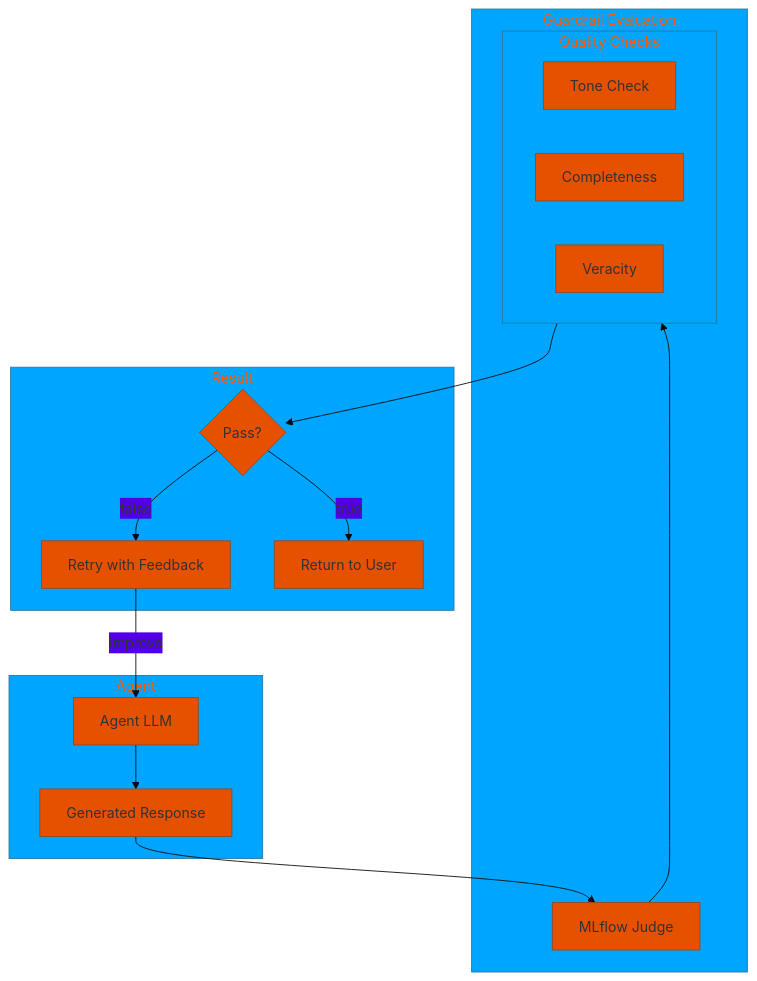
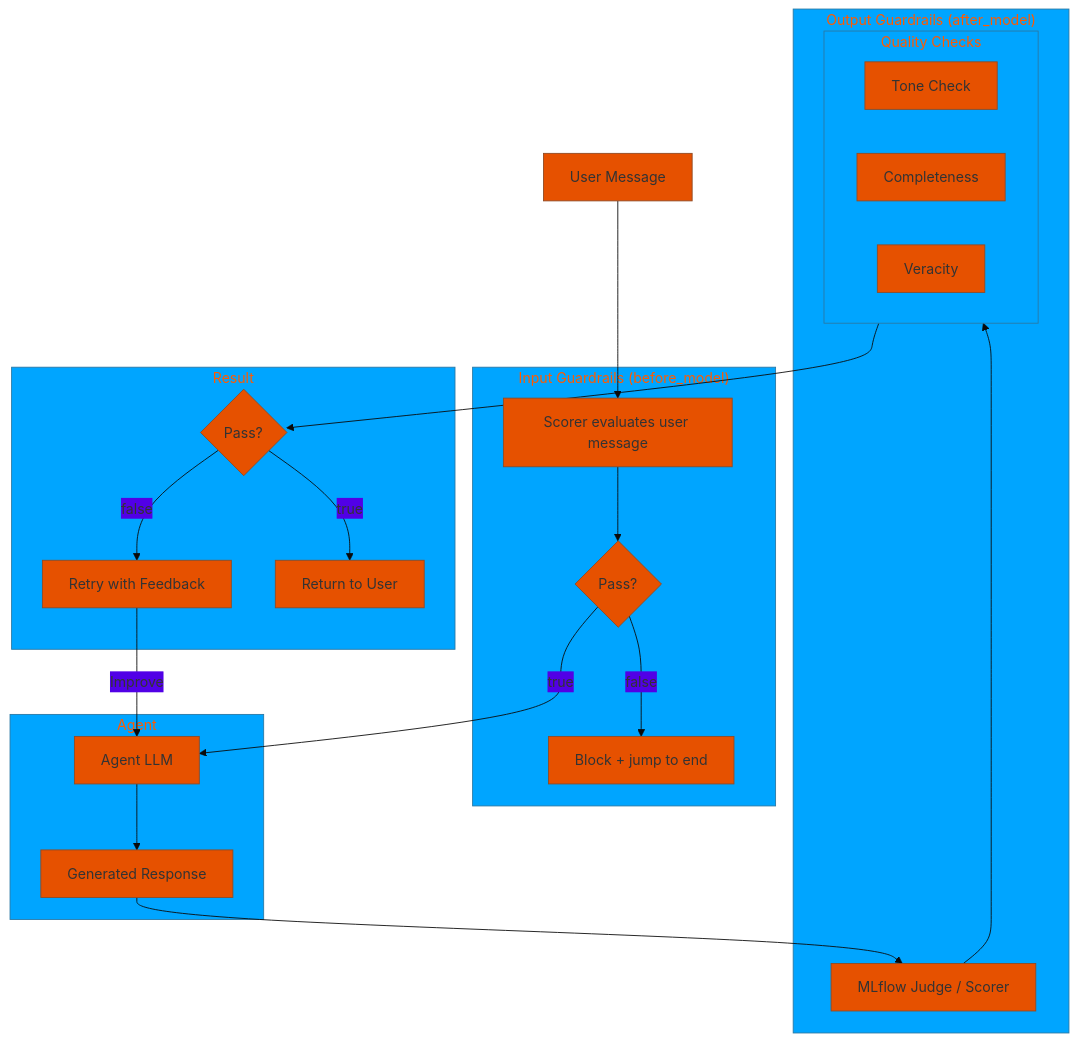
The first of 2 diagrams in config/examples/08_guardrails/README.md (natefleming/retail-ai), drawn with Mermaid before and after one commit. The commit also changed other lines of this file and 54 other files, not shown here.

````diff
--- a/config/examples/08_guardrails/README.md
+++ b/config/examples/08_guardrails/README.md
@@ -11,34 +11,44 @@
 ```mermaid
 %%{init: {'theme': 'base', 'themeVariables': { 'primaryColor': '#e65100'}}}%%
 flowchart TB
+    subgraph InputGuardrails["Input Guardrails (before_model)"]
+        InputCheck["Scorer evaluates user message"]
+        InputPass{"Pass?"}
+        InputBlock["Block + jump to end"]
+        InputCheck --> InputPass
+        InputPass -->|"false"| InputBlock
+    end
+
     subgraph Agent["Agent"]
         LLM["Agent LLM"]
         Response["Generated Response"]
         LLM --> Response
     end
 
-    subgraph Guardrails["Guardrail Evaluation"]
-        Judge["MLflow Judge"]
-        
+    subgraph OutputGuardrails["Output Guardrails (after_model)"]
+        Judge["MLflow Judge / Scorer"]
+
         subgraph Checks["Quality Checks"]
             direction LR
             Tone["Tone Check"]
             Complete["Completeness"]
             Veracity["Veracity"]
         end
-        
+
         Judge --> Checks
     end
 
-    subgraph Result["Result"]
-        Pass{Pass?}
+    subgraph OutputResult["Result"]
+        Pass{"Pass?"}
         Retry["Retry with Feedback"]
         Approve["Return to User"]
     end
 
+    UserMsg["User Message"] --> InputCheck
+    InputPass -->|"true"| LLM
     Response --> Judge
     Checks --> Pass
     Pass -->|"false"| Retry
     Retry -->|"Improve"| LLM
     Pass -->|"true"| Approve
 ```
````
